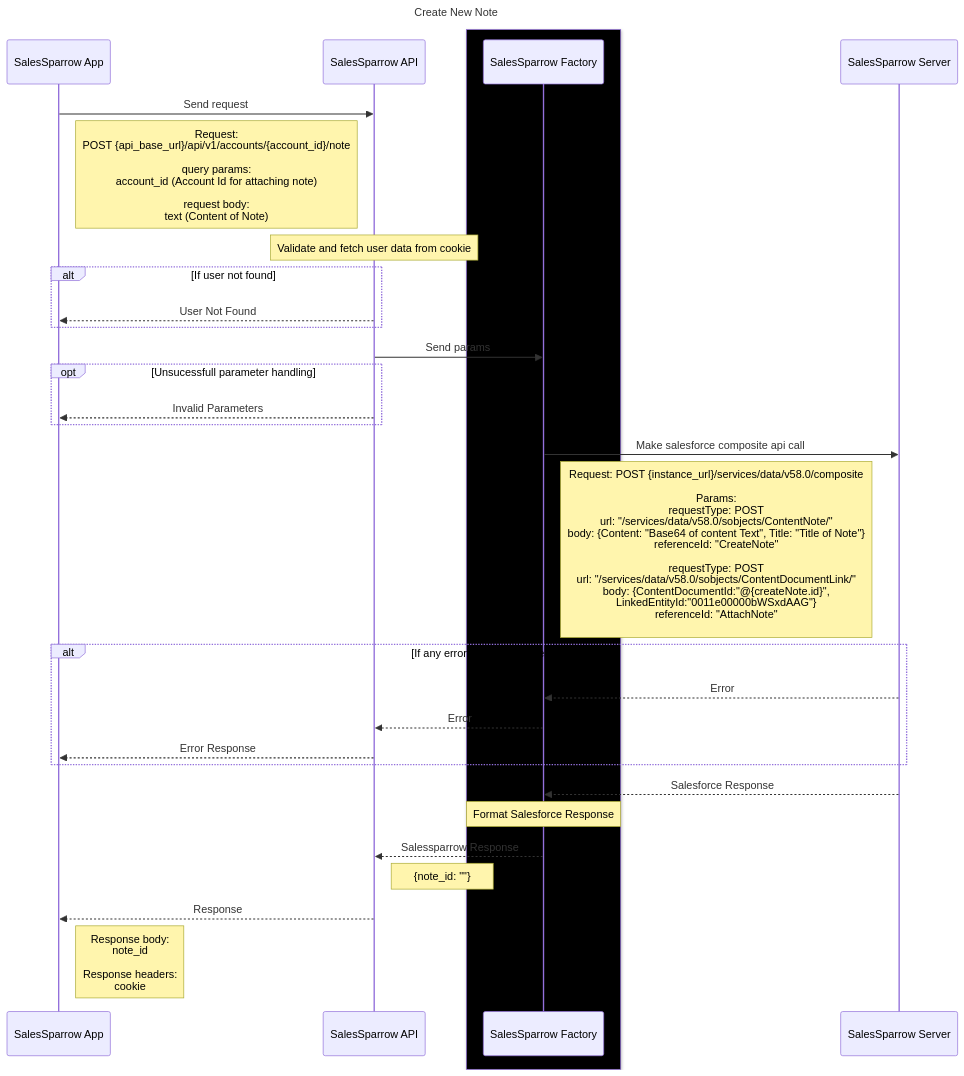
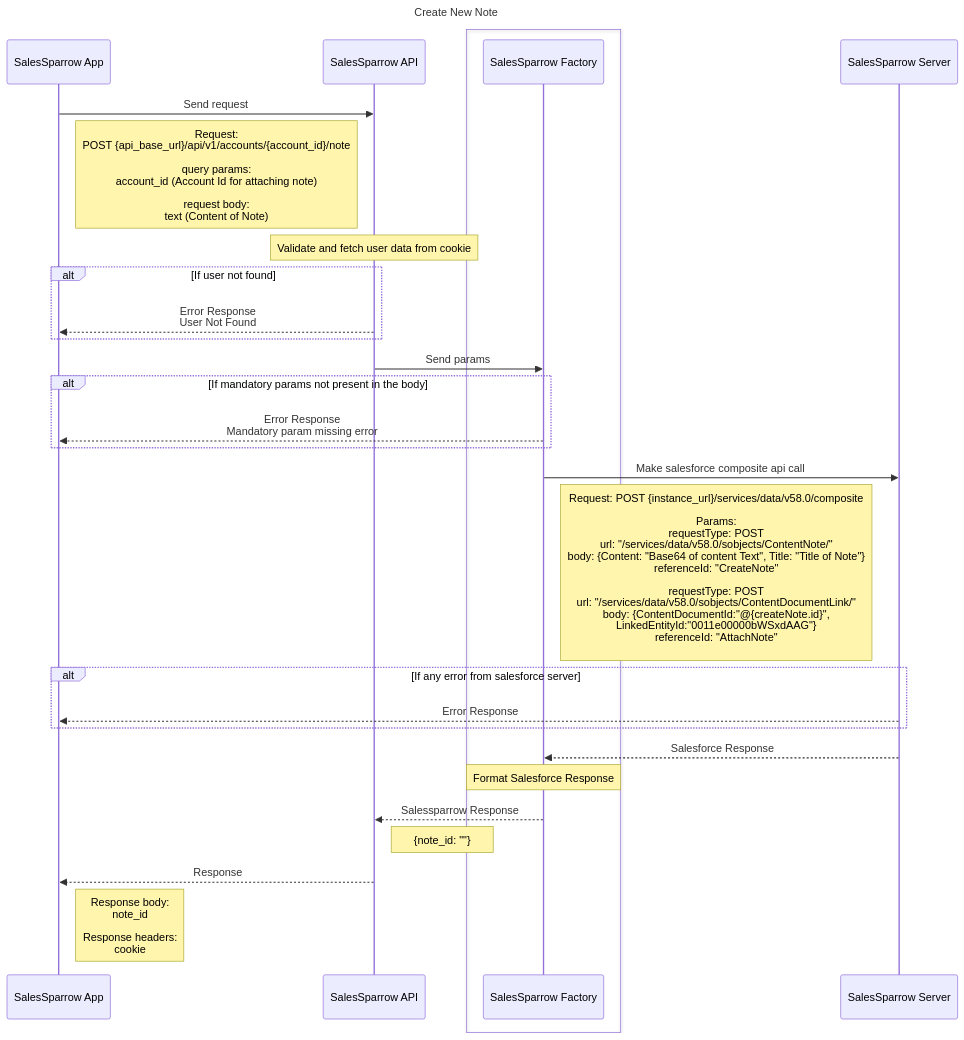
The diagram in sequenceDiagrams/CreateNewNote.mermaid (TrueSparrowSystems/AI-SalesSparrow-Docs), drawn with Mermaid before and after one commit. The commit also changed 2 other files, not shown here.

Commit message:
Update sequence diagrams.

```diff
--- a/sequenceDiagrams/CreateNewNote.mermaid
+++ b/sequenceDiagrams/CreateNewNote.mermaid
@@ -1,41 +1,38 @@
 sequenceDiagram
   title Create New Note
     participant ui as SalesSparrow App
     participant api as SalesSparrow API
 
-    box Black 
+    box 
     participant factory as SalesSparrow Factory 
     end
     participant server as SalesSparrow Server
 
     ui->>api:  Send request 
     note right of ui: Request: <br>POST {api_base_url}/api/v1/accounts/{account_id}/note<br><br>query params:  <br>account_id (Account Id for attaching note) <br><br> request body:<br>text (Content of Note)
 
     note over api: Validate and fetch user data from cookie
     alt If user not found
-        api-->>ui: User Not Found
+        api-->>ui: Error Response<br>User Not Found
     end
 
     api->>factory: Send params
-
-    opt Unsucessfull parameter handling
-        api-->>ui: Invalid Parameters
+    alt If mandatory params not present in the body
+        factory-->>ui: Error Response<br>Mandatory param missing error
     end
 
     factory->>server: Make salesforce composite api call
     note right of factory: Request: POST {instance_url}/services/data/v58.0/composite <br><br>Params: <br> requestType: POST<br> url: "/services/data/v58.0/sobjects/ContentNote/"<br>body: {Content: "Base64 of content Text", Title: "Title of Note"} <br>referenceId: "CreateNote"<br><br> requestType: POST<br> url: "/services/data/v58.0/sobjects/ContentDocumentLink/"<br>body: {ContentDocumentId:"@{createNote.id}", <br>LinkedEntityId:"0011e00000bWSxdAAG"} <br>referenceId: "AttachNote"<br>
 
     alt If any error from salesforce server
-        server-->>factory: Error 
-        factory-->>api: Error
-        api-->>ui: Error Response 
+        server-->>ui: Error Response 
     end
 
     server-->>factory: Salesforce Response
     note over factory:  Format Salesforce Response
 
     factory-->>api: Salessparrow Response
     note right of api: {note_id: ""}
 
     api-->>ui: Response
     note right of ui: Response body: <br> note_id<br><br>Response headers:<br> cookie 
```
